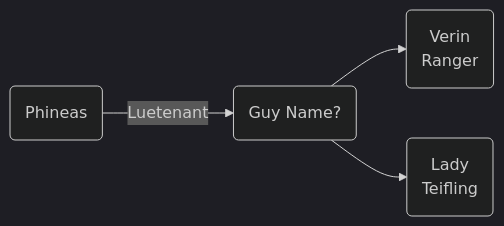
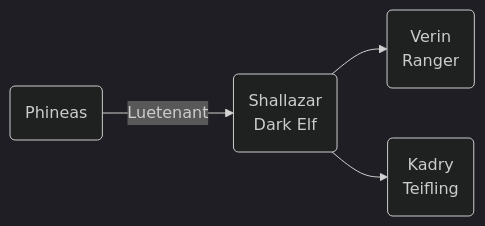
Before and after one commit to DiscoverTec/anExperiment: the first of 2 diagrams in eberron-by-night/places/stormreach.md, drawn with Mermaid (dark theme). The commit also changed other lines of this file, not shown here.

````diff
--- a/eberron-by-night/places/stormreach.md
+++ b/eberron-by-night/places/stormreach.md
@@ -8,6 +8,6 @@
 ```mermaid
 flowchart LR;
-		Phineas(Phineas) --> |Luetenant| name(Guy Name?); 
-    name --> verin(Verin \n Ranger);
-		name --> lady(Lady \n Teifling );
+		Phineas(Phineas) --> |Luetenant| shallazar(Shallazar \n Dark Elf); 
+    shallazar --> verin(Verin \n Ranger);
+		shallazar --> kedery(Kadry \n Teifling);
 ```
````
